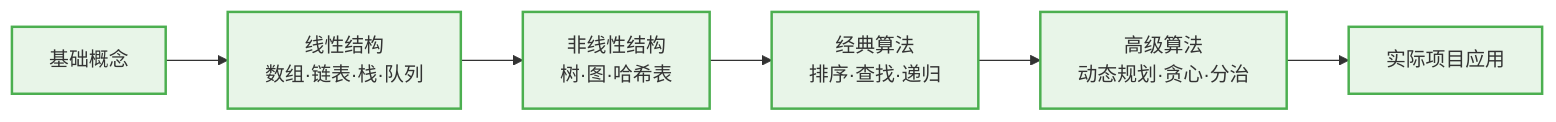
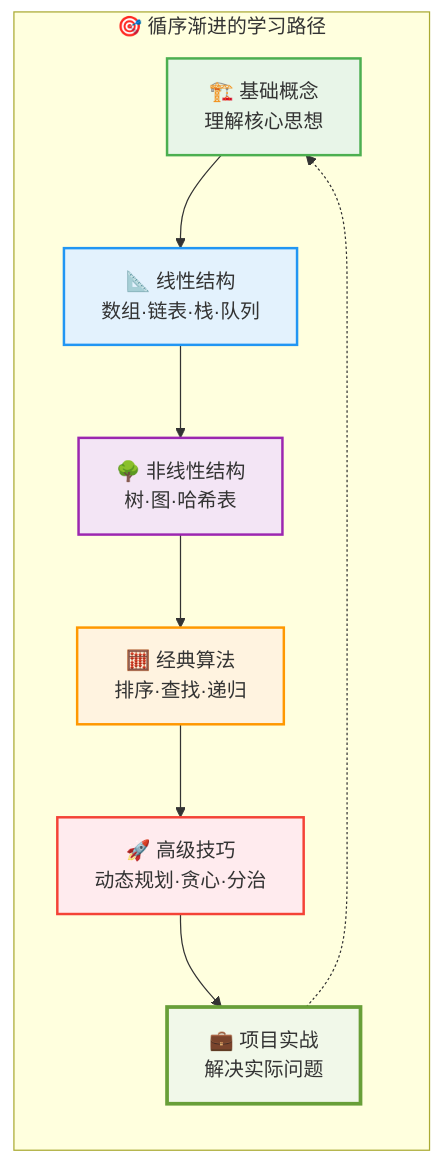
One commit to caoyang2002/AlgorithmPractices changed diagram 11 of 12 in src/00_preface/00_02_data_structures_algorithms.md. Above: the diagram before and after it, drawn with Mermaid. The commit also changed other lines of this file and 22 other files, not shown here.

````diff
--- a/src/00_preface/00_02_data_structures_algorithms.md
+++ b/src/00_preface/00_02_data_structures_algorithms.md
@@ -518,11 +546,21 @@
 ```mermaid
 graph LR
-    A[基础概念] --> B[线性结构<br/>数组·链表·栈·队列]
-    B --> C[非线性结构<br/>树·图·哈希表]
-    C --> D[经典算法<br/>排序·查找·递归]
-    D --> E[高级算法<br/>动态规划·贪心·分治]
-    E --> F[实际项目应用]
+    subgraph "🎯 循序渐进的学习路径"
+        A["🏗️ 基础概念<br/>理解核心思想"]
+        B["📐 线性结构<br/>数组·链表·栈·队列"]
+        C["🌳 非线性结构<br/>树·图·哈希表"]
+        D["🧮 经典算法<br/>排序·查找·递归"]
+        E["🚀 高级技巧<br/>动态规划·贪心·分治"]
+        F["💼 项目实战<br/>解决实际问题"]
 
-    classDef stepStyle fill:#e8f5e8,stroke:#4caf50,stroke-width:2px
-    class A,B,C,D,E,F stepStyle
+        A --> B --> C --> D --> E --> F
+        F -.-> A
+    end
+
+    style A fill:#e8f5e8,stroke:#4caf50,stroke-width:2px
+    style B fill:#e3f2fd,stroke:#2196f3,stroke-width:2px
+    style C fill:#f3e5f5,stroke:#9c27b0,stroke-width:2px
+    style D fill:#fff3e0,stroke:#ff9800,stroke-width:2px
+    style E fill:#ffebee,stroke:#f44336,stroke-width:2px
+    style F fill:#f1f8e9,stroke:#689f38,stroke-width:3px
 ```
````
